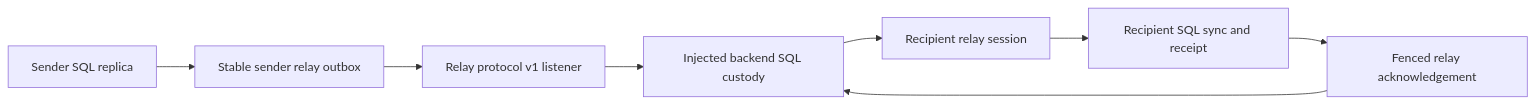
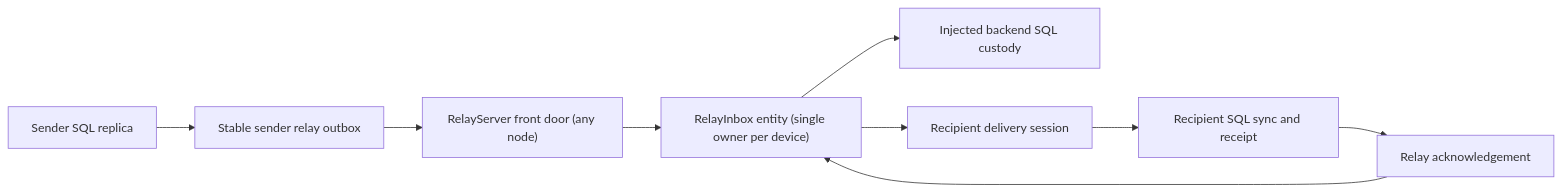
Before and after one commit to lucas-barake/effect-local: the second of 2 diagrams in docs/architecture.md, drawn with Mermaid. The commit also changed other lines of this file and 7 other files, not shown here.

````diff
--- a/docs/architecture.md
+++ b/docs/architecture.md
@@ -53,10 +54,11 @@
 ```mermaid
 flowchart LR
   Sender["Sender SQL replica"] --> Outbox["Stable sender relay outbox"]
-  Outbox --> RelayListener["Relay protocol v1 listener"]
-  RelayListener --> Custody["Injected backend SQL custody"]
-  Custody --> RecipientListener["Recipient relay session"]
-  RecipientListener --> Receipt["Recipient SQL sync and receipt"]
-  Receipt --> Ack["Fenced relay acknowledgement"]
-  Ack --> Custody
+  Outbox --> FrontDoor["RelayServer front door (any node)"]
+  FrontDoor --> Entity["RelayInbox entity (single owner per device)"]
+  Entity --> Custody["Injected backend SQL custody"]
+  Entity --> RecipientSession["Recipient delivery session"]
+  RecipientSession --> Receipt["Recipient SQL sync and receipt"]
+  Receipt --> Ack["Relay acknowledgement"]
+  Ack --> Entity
 ```
````
